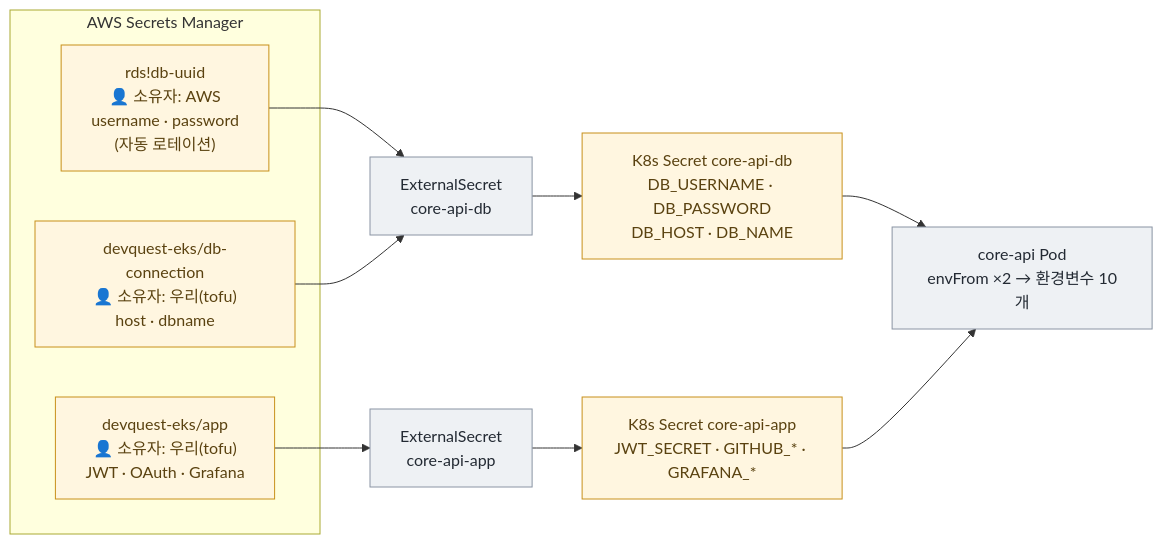
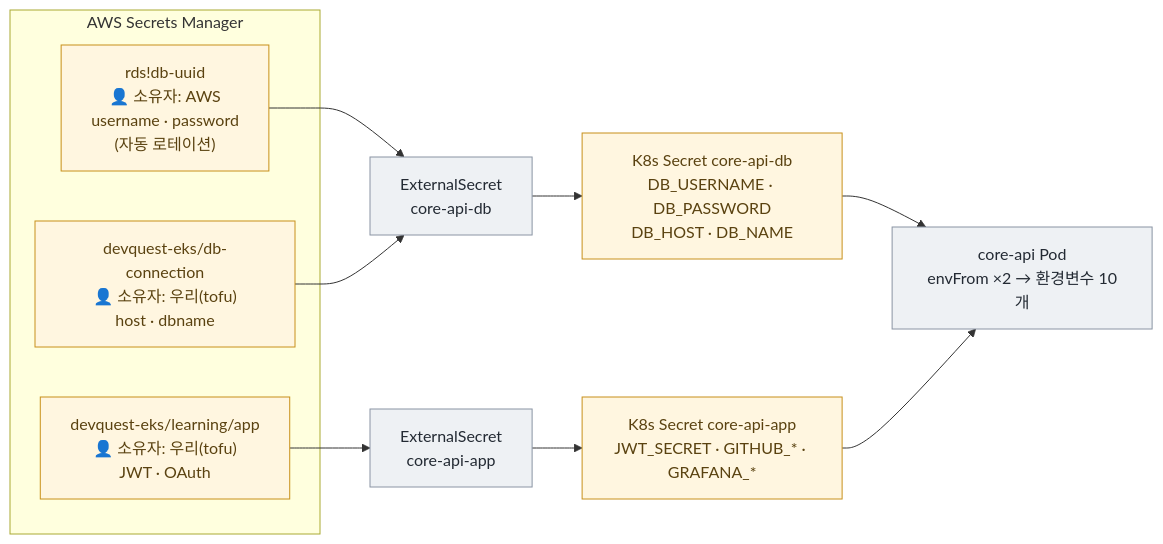
One commit to bangddong/switch-job-quest changed the third of 4 diagrams in docs/architecture/eks-2-cluster.md. Above: the diagram before and after it, drawn with Mermaid. The commit also changed other lines of this file and 13 other files, not shown here.

````diff
--- a/docs/architecture/eks-2-cluster.md
+++ b/docs/architecture/eks-2-cluster.md
@@ -166,27 +166,27 @@
 ```mermaid
 flowchart LR
   subgraph aws["AWS Secrets Manager"]
     r["rds!db-uuid<br/>👤 소유자: AWS<br/>username · password<br/>(자동 로테이션)"]
     d["devquest-eks/db-connection<br/>👤 소유자: 우리(tofu)<br/>host · dbname"]
-    a["devquest-eks/app<br/>👤 소유자: 우리(tofu)<br/>JWT · OAuth · Grafana"]
+    a["devquest-eks/learning/app<br/>👤 소유자: 우리(tofu)<br/>JWT · OAuth"]
   end
 
   esdb["ExternalSecret<br/>core-api-db"]
   esapp["ExternalSecret<br/>core-api-app"]
   sdb["K8s Secret core-api-db<br/>DB_USERNAME · DB_PASSWORD<br/>DB_HOST · DB_NAME"]
   sapp["K8s Secret core-api-app<br/>JWT_SECRET · GITHUB_* · GRAFANA_*"]
   pod["core-api Pod<br/>envFrom ×2 → 환경변수 10개"]
 
   r --> esdb
   d --> esdb
   a --> esapp
   esdb --> sdb
   esapp --> sapp
   sdb --> pod
   sapp --> pod
 
   classDef sec fill:#fff6e0,stroke:#c8901a,color:#5a4210;
   classDef info fill:#eef1f4,stroke:#8a94a3,color:#232a33;
   class r,d,a,sdb,sapp sec;
   class esdb,esapp,pod info;
 ```
````
